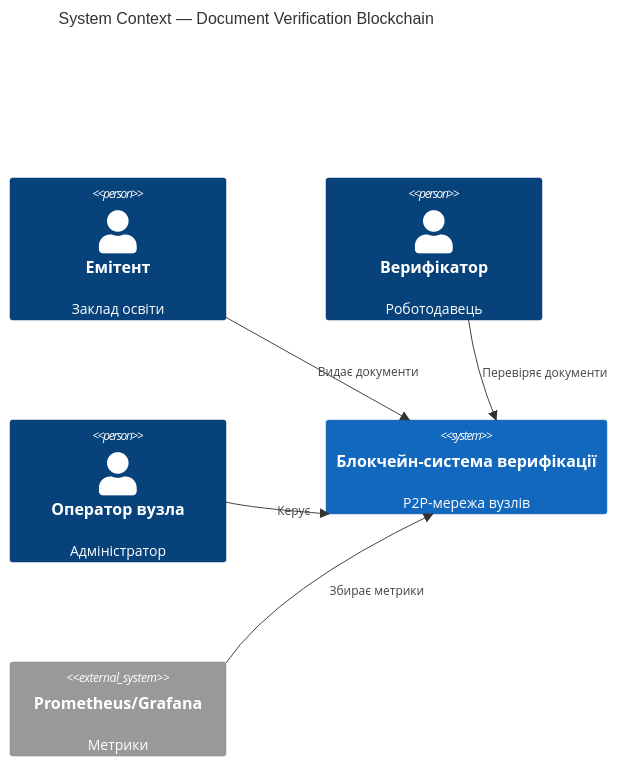
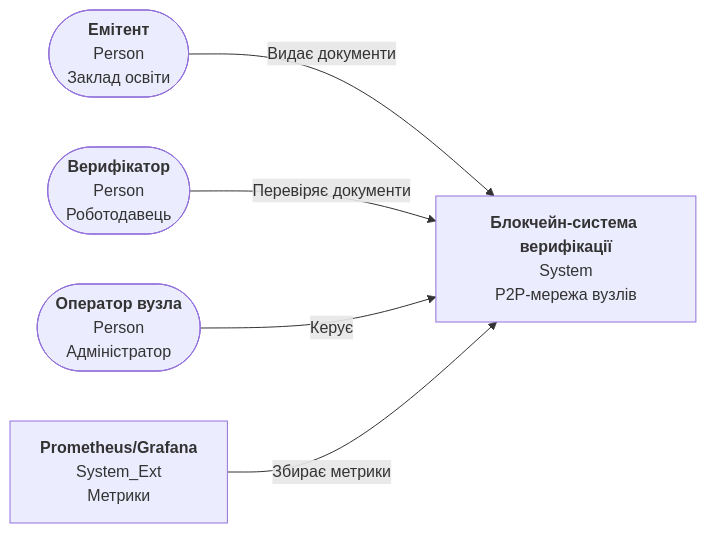
One commit to YakymivDanylo/F2-diploma-project changed the first of 2 diagrams in F2_Diploma_Yakymiv_DR/AI-Logs/LR5-c4-level1-2-draft-v0.1.md. Above: the diagram before and after it, drawn with Mermaid. The commit also changed other lines of this file and 1 other file, not shown here.

Commit message:
docs(core): convert raw C4 draft diagrams to flowchart syntax

````diff
--- a/F2_Diploma_Yakymiv_DR/AI-Logs/LR5-c4-level1-2-draft-v0.1.md
+++ b/F2_Diploma_Yakymiv_DR/AI-Logs/LR5-c4-level1-2-draft-v0.1.md
@@ -3,13 +5,12 @@
 ```mermaid
-C4Context
-    title System Context — Document Verification Blockchain
-    Person(issuer, "Емітент", "Заклад освіти")
-    Person(verifier, "Верифікатор", "Роботодавець")
-    Person(operator, "Оператор вузла", "Адміністратор")
-    System(sys, "Блокчейн-система верифікації", "P2P-мережа вузлів")
-    System_Ext(prom, "Prometheus/Grafana", "Метрики")
-    Rel(issuer, sys, "Видає документи")
-    Rel(verifier, sys, "Перевіряє документи")
-    Rel(operator, sys, "Керує")
-    Rel(prom, sys, "Збирає метрики")
+flowchart LR
+    issuer(["<b>Емітент</b><br/>Person<br/>Заклад освіти"])
+    verifier(["<b>Верифікатор</b><br/>Person<br/>Роботодавець"])
+    operator(["<b>Оператор вузла</b><br/>Person<br/>Адміністратор"])
+    sys["<b>Блокчейн-система верифікації</b><br/>System<br/>P2P-мережа вузлів"]
+    prom["<b>Prometheus/Grafana</b><br/>System_Ext<br/>Метрики"]
+    issuer -->|"Видає документи"| sys
+    verifier -->|"Перевіряє документи"| sys
+    operator -->|"Керує"| sys
+    prom -->|"Збирає метрики"| sys
 ```
````
